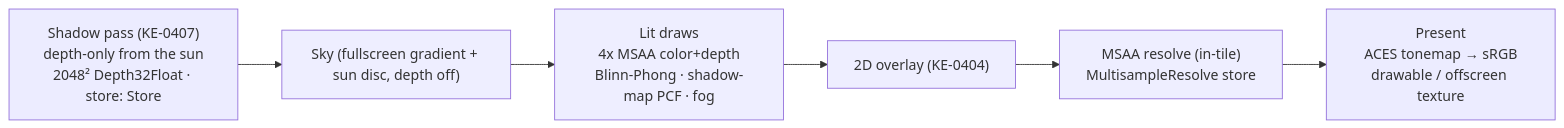
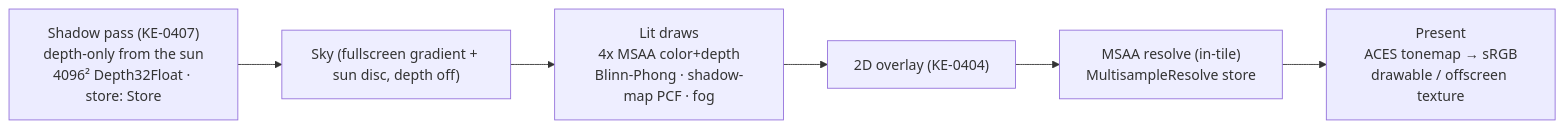
Before and after one commit to parsabee/KamanEngine: the tenth of 10 diagrams in docs/DESIGN.md, drawn with Mermaid. The commit also changed other lines of this file and 7 other files, not shown here.

````diff
--- a/docs/DESIGN.md
+++ b/docs/DESIGN.md
@@ -372,11 +372,11 @@
 ```mermaid
 graph LR
-    S["Shadow pass (KE-0407)<br/>depth-only from the sun<br/>2048² Depth32Float · store: Store"] --> A
+    S["Shadow pass (KE-0407)<br/>depth-only from the sun<br/>4096² Depth32Float · store: Store"] --> A
     A["Sky (fullscreen gradient + sun disc, depth off)"] --> B
     B["Lit draws<br/>4x MSAA color+depth<br/>Blinn-Phong · shadow-map PCF · fog"] --> O
     O["2D overlay (KE-0404)"] --> C
     C["MSAA resolve (in-tile)<br/>MultisampleResolve store"] --> D
     D["Present<br/>ACES tonemap → sRGB<br/>drawable / offscreen texture"]
     classDef msaa fill:#eef;
     class A,B,O,C msaa;
 ```
````
